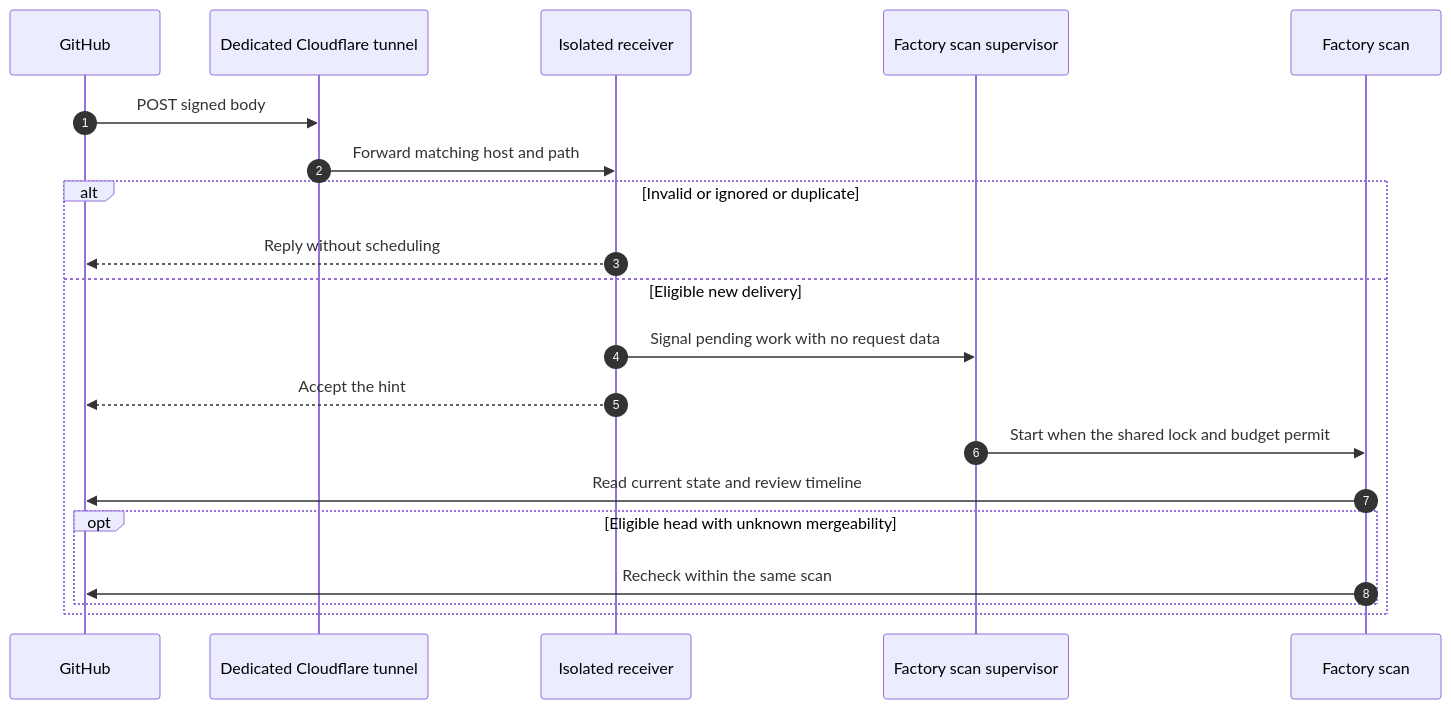
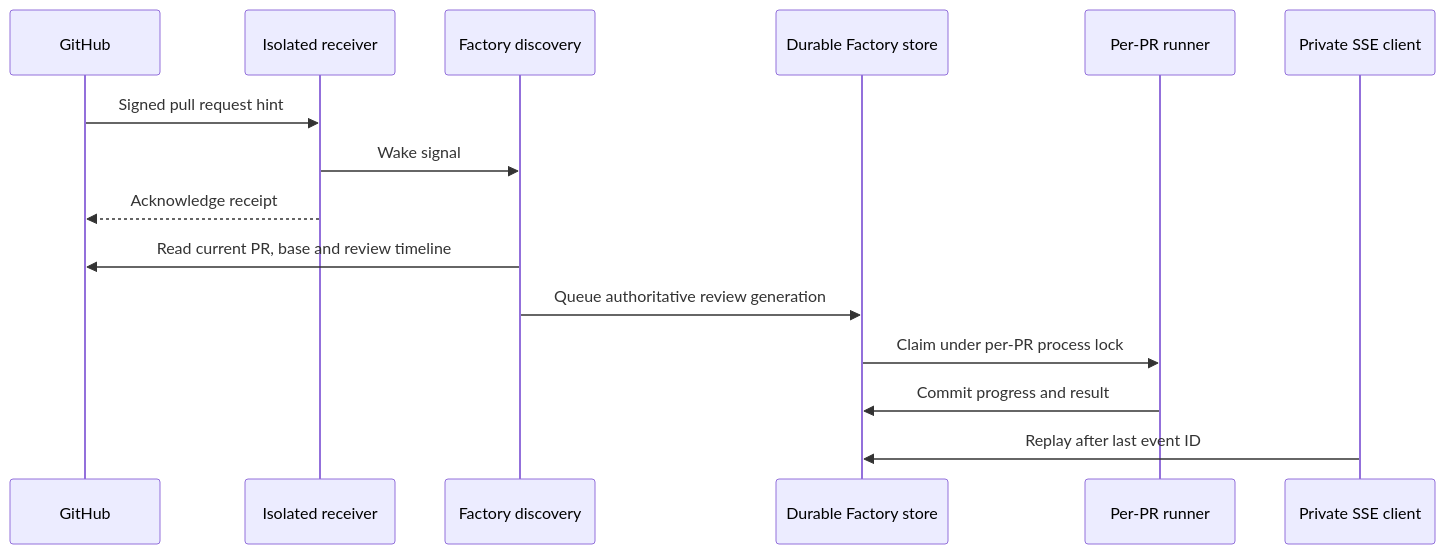
The diagram in docs/factory-webhook.md (walid-mos/agent-sandbox), drawn with Mermaid before and after one commit. The commit also changed other lines of this file and 27 other files, not shown here.

Commit message:
feat(factory): persist pull request checks and progress

````diff
--- a/docs/factory-webhook.md
+++ b/docs/factory-webhook.md
@@ -47,22 +51,17 @@
 ```mermaid
 sequenceDiagram
-    autonumber
     participant GH as GitHub
-    participant CF as Dedicated Cloudflare tunnel
     participant R as Isolated receiver
-    participant G as Factory scan supervisor
-    participant S as Factory scan
-    GH->>CF: POST signed body
-    CF->>R: Forward matching host and path
-    alt Invalid or ignored or duplicate
-        R-->>GH: Reply without scheduling
-    else Eligible new delivery
-        R->>G: Signal pending work with no request data
-        R-->>GH: Accept the hint
-        G->>S: Start when the shared lock and budget permit
-        S->>GH: Read current state and review timeline
-        opt Eligible head with unknown mergeability
-            S->>GH: Recheck within the same scan
-        end
-    end
+    participant D as Factory discovery
+    participant Q as Durable Factory store
+    participant W as Per-PR runner
+    participant C as Private SSE client
+    GH->>R: Signed pull request hint
+    R->>D: Wake signal
+    R-->>GH: Acknowledge receipt
+    D->>GH: Read current PR, base and review timeline
+    D->>Q: Queue authoritative review generation
+    Q->>W: Claim under per-PR process lock
+    W->>Q: Commit progress and result
+    C->>Q: Replay after last event ID
 ```
````
